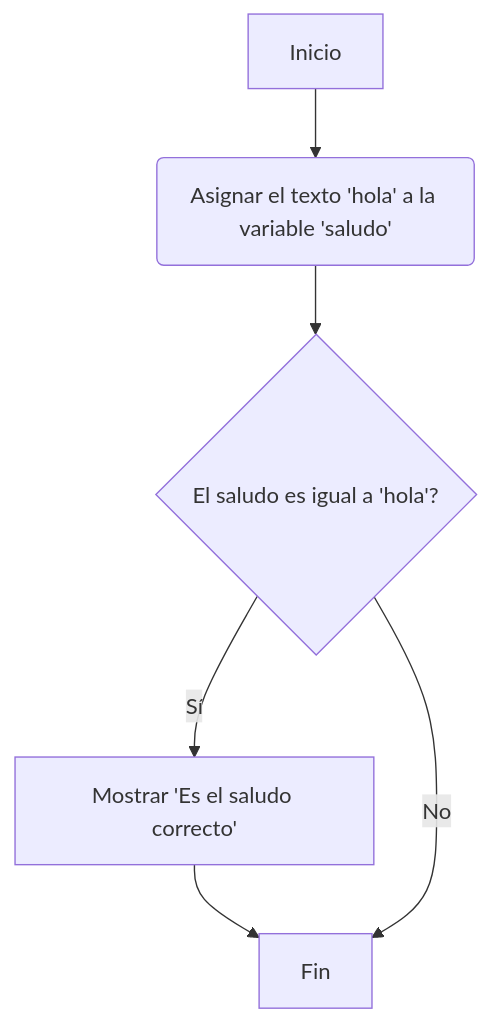
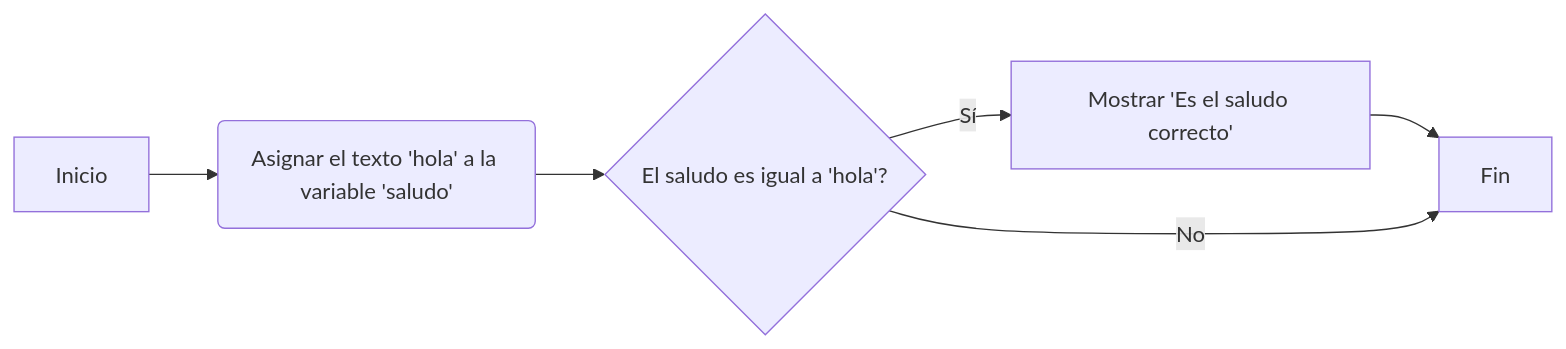
The third of 3 diagrams in python_desafio_latam/README.md (PamelaRondina/python), drawn with Mermaid before and after one commit. The commit also changed other lines of this file, not shown here.

````diff
--- a/python_desafio_latam/README.md
+++ b/python_desafio_latam/README.md
@@ -259,9 +259,9 @@
 ```mermaid
-graph TD
+graph LR
     A[Inicio]
     A-->B(Asignar el texto 'hola' a la variable 'saludo')
     B-->C{El saludo es igual a 'hola'?}
     C-->|Sí| D[Mostrar 'Es el saludo correcto']
     D --> E[Fin]
     C-->|No|E
 ```
````
